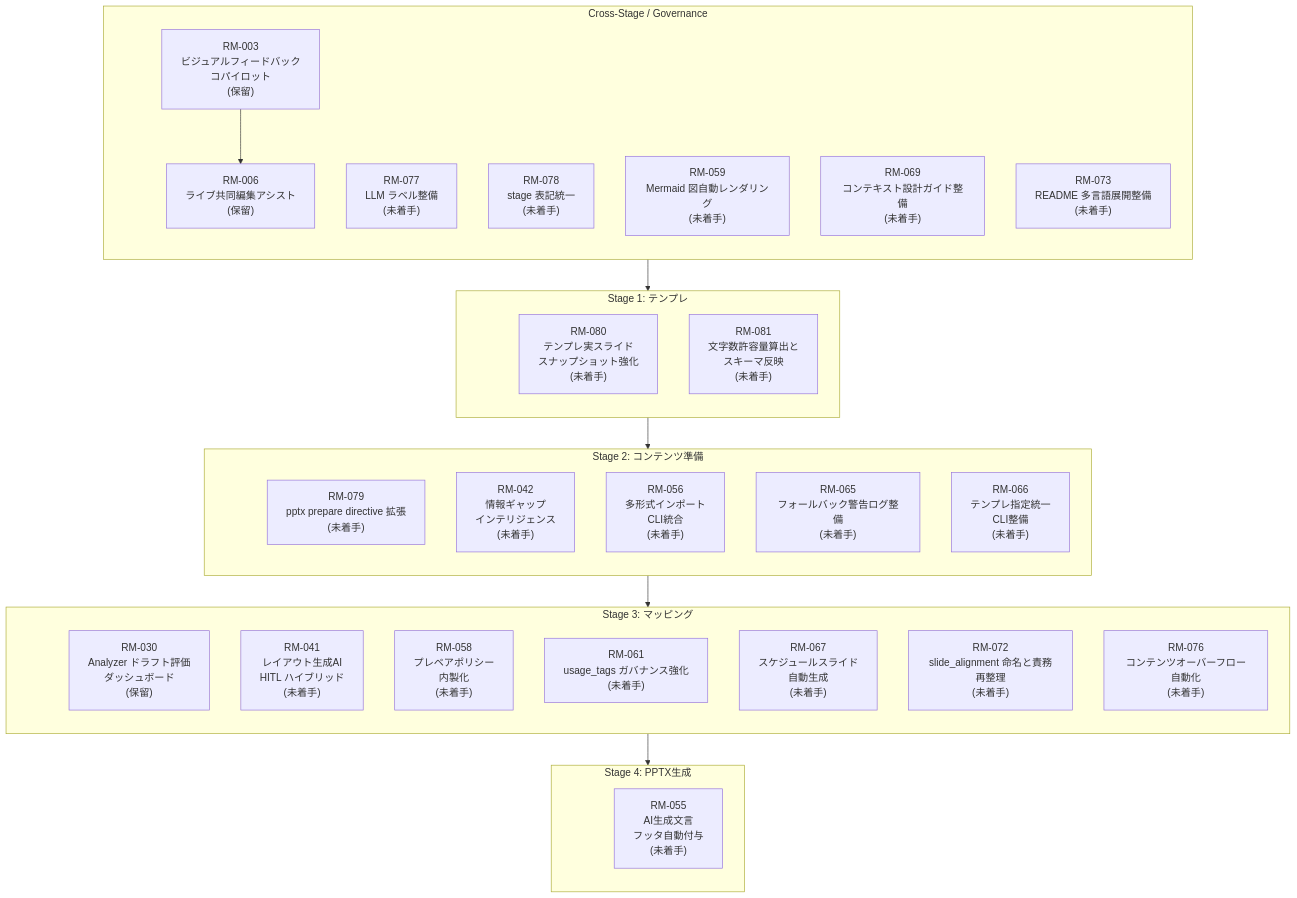
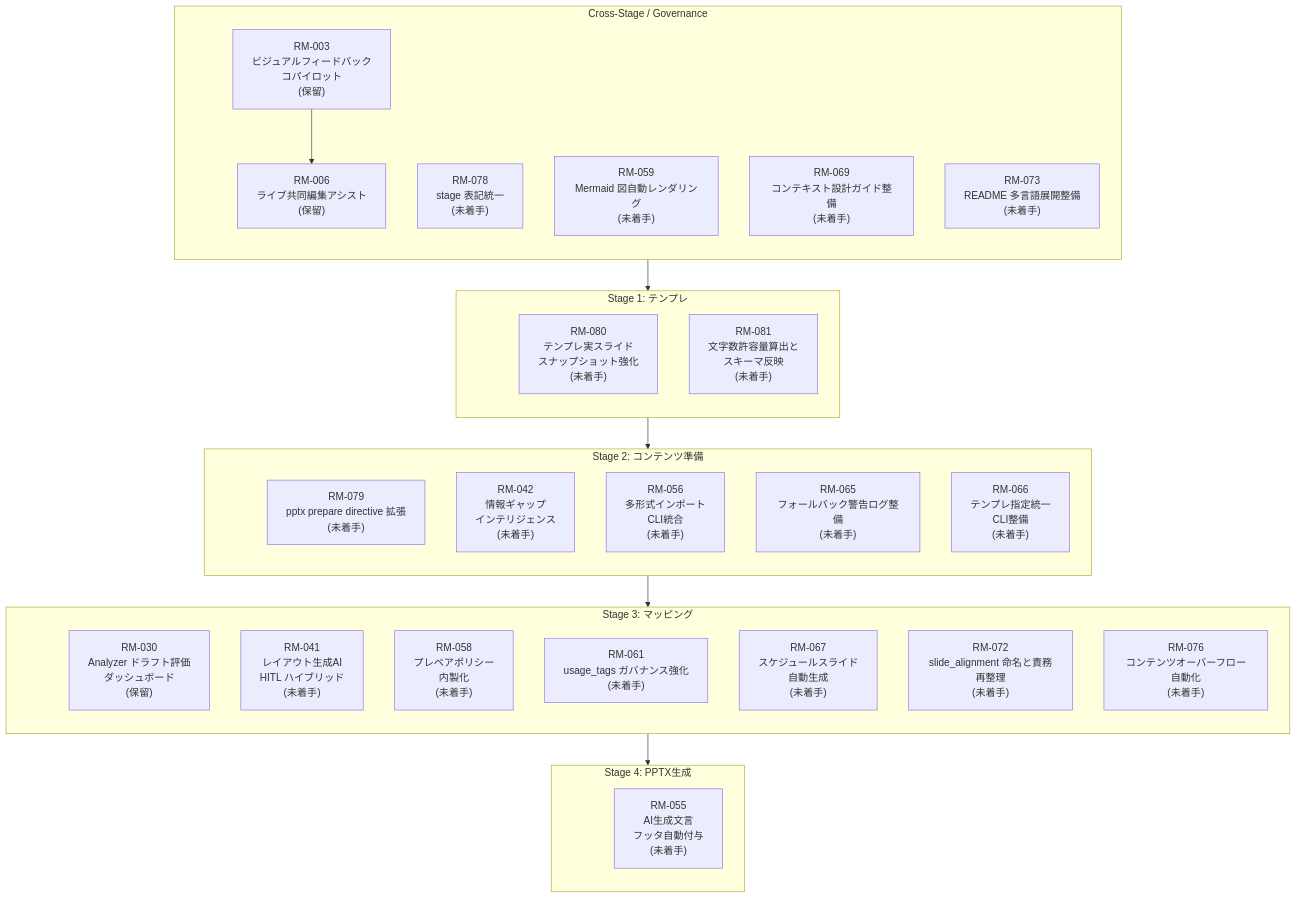
The diagram in docs/roadmap/roadmap.md (yurake/pptx_generator), drawn with Mermaid before and after one commit. The commit also changed other lines of this file and 1 other file, not shown here.

````diff
--- a/docs/roadmap/roadmap.md
+++ b/docs/roadmap/roadmap.md
@@ -25,59 +25,58 @@
 ```mermaid
 flowchart TB
     subgraph GOV["Cross-Stage / Governance"]
         direction TB
         GOV_ANCHOR(( ))
-        RM077["RM-077<br/>LLM ラベル整備<br/>(未着手)"]
         RM078["RM-078<br/>stage 表記統一<br/>(未着手)"]
         RM003["RM-003<br/>ビジュアルフィードバック<br/>コパイロット<br/>(保留)"]
         RM006["RM-006<br/>ライブ共同編集アシスト<br/>(保留)"]
         RM059["RM-059<br/>Mermaid 図自動レンダリング<br/>(未着手)"]
         RM069["RM-069<br/>コンテキスト設計ガイド整備<br/>(未着手)"]
         RM073["RM-073<br/>README 多言語展開整備<br/>(未着手)"]
     end
 
     subgraph ST1["Stage 1: テンプレ"]
         direction TB
         ST1_ANCHOR(( ))
         RM080["RM-080<br/>テンプレ実スライド<br/>スナップショット強化<br/>(未着手)"]
         RM081["RM-081<br/>文字数許容量算出と<br/>スキーマ反映<br/>(未着手)"]
     end
 
     subgraph ST2["Stage 2: コンテンツ準備"]
         direction TB
         ST2_ANCHOR(( ))
         RM079["RM-079<br/>pptx prepare directive 拡張<br/>(未着手)"]
         RM042["RM-042<br/>情報ギャップ<br/>インテリジェンス<br/>(未着手)"]
         RM056["RM-056<br/>多形式インポート<br/>CLI統合<br/>(未着手)"]
         RM065["RM-065<br/>フォールバック警告ログ整備<br/>(未着手)"]
         RM066["RM-066<br/>テンプレ指定統一<br/>CLI整備<br/>(未着手)"]
     end
 
     subgraph ST3["Stage 3: マッピング"]
         direction TB
         ST3_ANCHOR(( ))
         RM030["RM-030<br/>Analyzer ドラフト評価<br/>ダッシュボード<br/>(保留)"]
         RM041["RM-041<br/>レイアウト生成AI<br/>HITL ハイブリッド<br/>(未着手)"]
         RM058["RM-058<br/>プレペアポリシー<br/>内製化<br/>(未着手)"]
         RM061["RM-061<br/>usage_tags ガバナンス強化<br/>(未着手)"]
         RM067["RM-067<br/>スケジュールスライド<br/>自動生成<br/>(未着手)"]
         RM072["RM-072<br/>slide_alignment 命名と責務再整理<br/>(未着手)"]
         RM076["RM-076<br/>コンテンツオーバーフロー自動化<br/>(未着手)"]
     end
 
     subgraph ST4["Stage 4: PPTX生成"]
         direction TB
         ST4_ANCHOR(( ))
         RM055["RM-055<br/>AI生成文言<br/>フッタ自動付与<br/>(未着手)"]
     end
 
     style GOV_ANCHOR fill:transparent,stroke:transparent
     style ST1_ANCHOR fill:transparent,stroke:transparent
     style ST2_ANCHOR fill:transparent,stroke:transparent
     style ST3_ANCHOR fill:transparent,stroke:transparent
     style ST4_ANCHOR fill:transparent,stroke:transparent
 
     GOV_ANCHOR --> ST1_ANCHOR --> ST2_ANCHOR --> ST3_ANCHOR --> ST4_ANCHOR
 
     RM003 --> RM006
 ```
````
